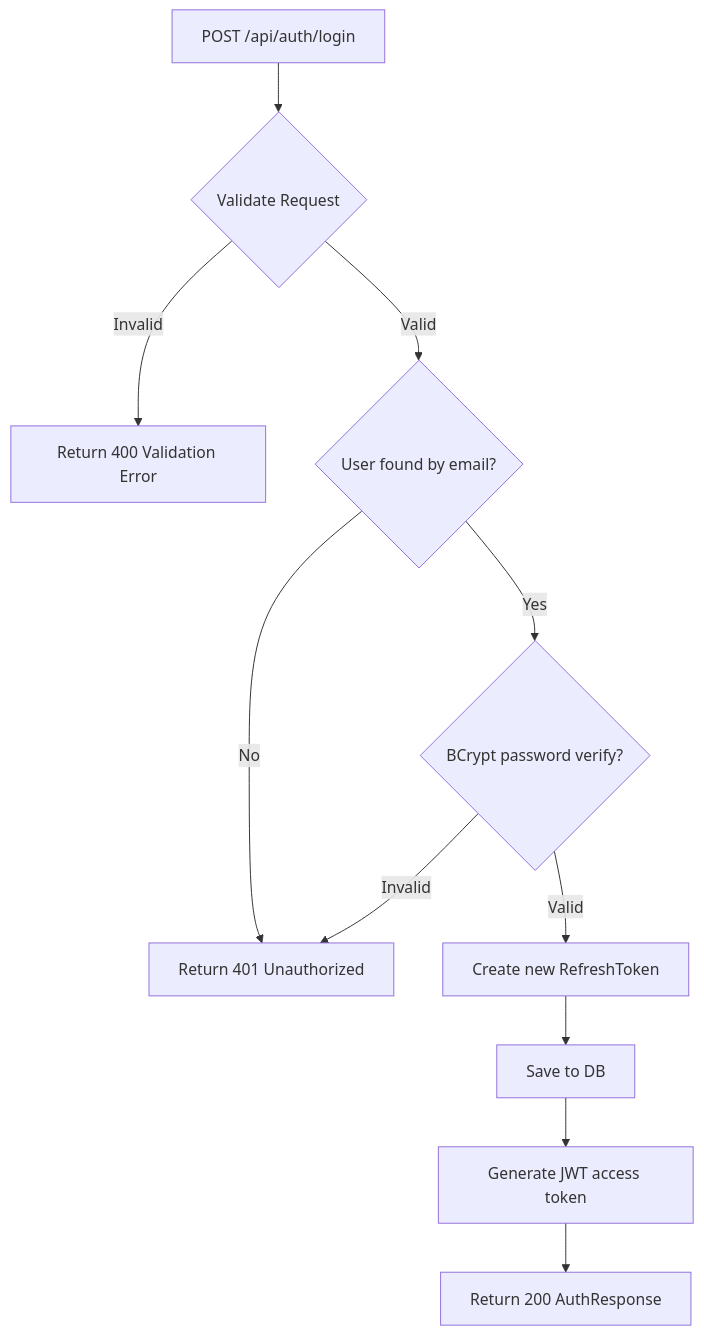
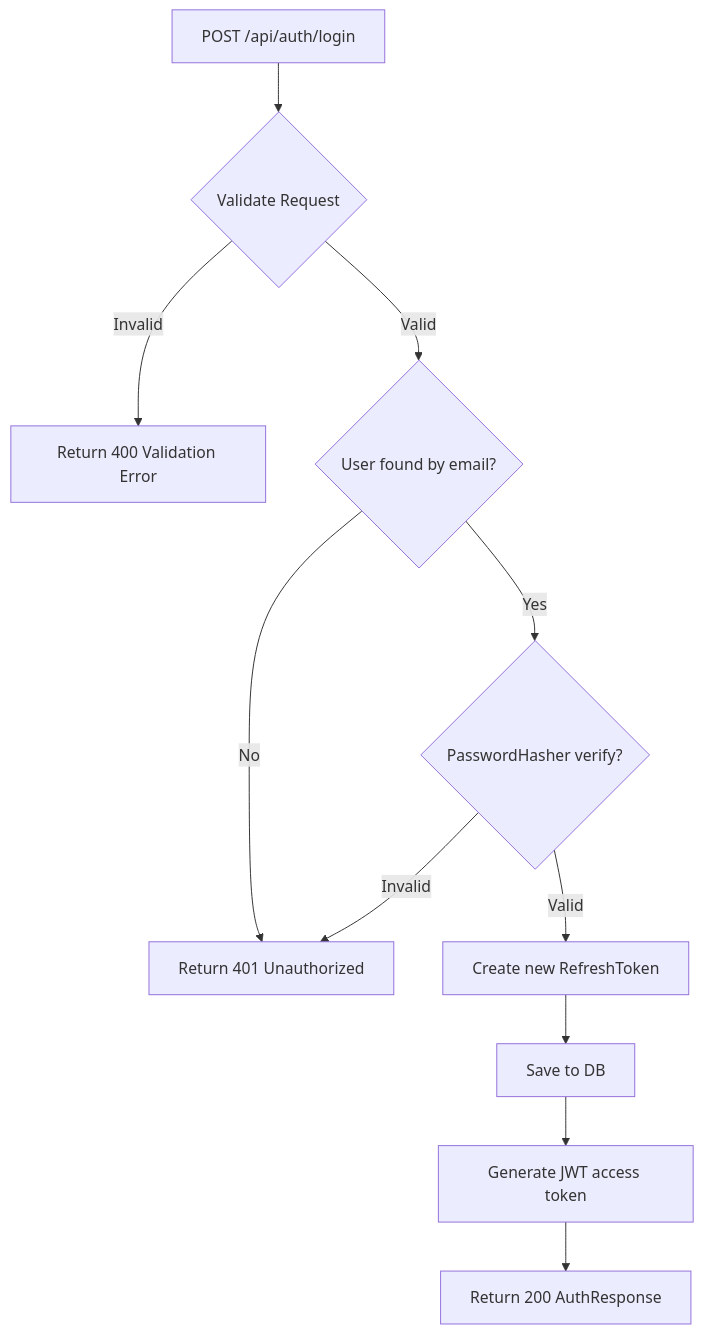
Before and after one commit to AbanoubPhelopos/TailorCV: the second of 2 diagrams in docs/features/identity/login.md, drawn with Mermaid. The commit also changed other lines of this file and 299 other files, not shown here.

````diff
--- a/docs/features/identity/login.md
+++ b/docs/features/identity/login.md
@@ -140,13 +131,13 @@
 ```mermaid
 flowchart TD
     A[POST /api/auth/login] --> B{Validate Request}
     B -->|Invalid| C[Return 400 Validation Error]
     B -->|Valid| D{User found by email?}
     D -->|No| E[Return 401 Unauthorized]
-    D -->|Yes| F{BCrypt password verify?}
+    D -->|Yes| F{PasswordHasher verify?}
     F -->|Invalid| E
     F -->|Valid| G[Create new RefreshToken]
     G --> H[Save to DB]
     H --> I[Generate JWT access token]
     I --> J[Return 200 AuthResponse]
 ```
````
